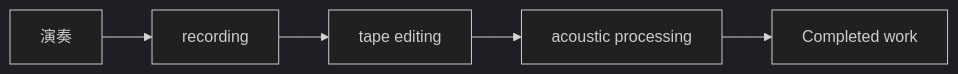
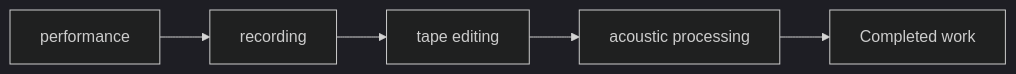
One commit to monumental-movement/monumental-movement.github.io changed the third of 20 diagrams in en/_posts/2026-07-02-column-influential-album-05.md. Above: the diagram before and after it, drawn with Mermaid (dark theme). The commit also changed other lines of this file and 851 other files, not shown here.

```diff
--- a/en/_posts/2026-07-02-column-influential-album-05.md
+++ b/en/_posts/2026-07-02-column-influential-album-05.md
@@ -188,11 +188,11 @@
 <div class="mermaid">
 flowchart LR
-A[演奏]
+A[performance]
 B[recording]
 C[tape editing]
 D[acoustic processing]
 E[Completed work]
 
 A --> B --> C --> D --> E
 
 </div>
```
